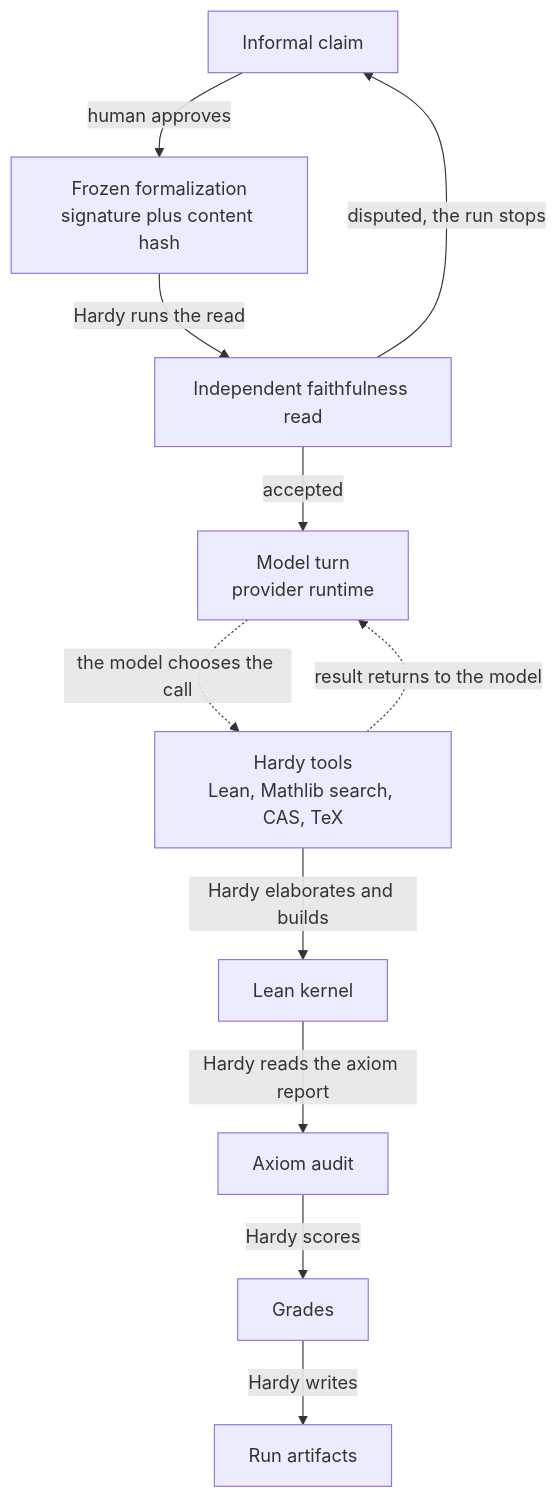
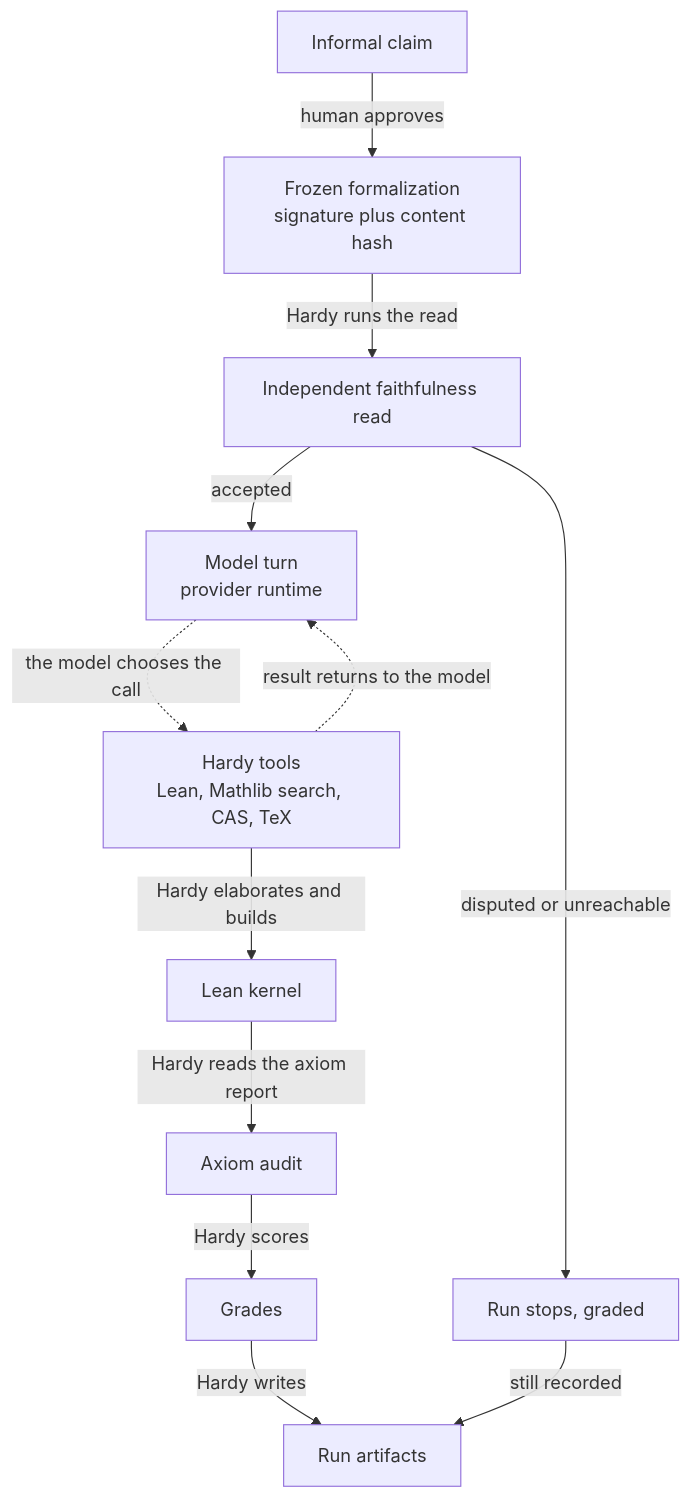
The first of 2 diagrams in docs/design/overview.md (charlesmsiegel/hardy), drawn with Mermaid before and after one commit. The commit also changed other lines of this file and 1 other file, not shown here.

````diff
--- a/docs/design/overview.md
+++ b/docs/design/overview.md
@@ -20,23 +20,25 @@
 ```mermaid
 flowchart TD
     claim["Informal claim"]
     frozen["Frozen formalization<br/>signature plus content hash"]
     reader["Independent faithfulness read"]
     turn["Model turn<br/>provider runtime"]
     tools["Hardy tools<br/>Lean, Mathlib search, CAS, TeX"]
     kernel["Lean kernel"]
     audit["Axiom audit"]
     grades["Grades"]
+    stopped["Run stops, graded"]
     artifacts["Run artifacts"]
 
     claim -->|human approves| frozen
     frozen -->|Hardy runs the read| reader
-    reader -->|disputed, the run stops| claim
+    reader -->|disputed or unreachable| stopped
     reader -->|accepted| turn
     turn -.->|the model chooses the call| tools
     tools -.->|result returns to the model| turn
     tools -->|Hardy elaborates and builds| kernel
     kernel -->|Hardy reads the axiom report| audit
     audit -->|Hardy scores| grades
     grades -->|Hardy writes| artifacts
+    stopped -->|still recorded| artifacts
 ```
````
